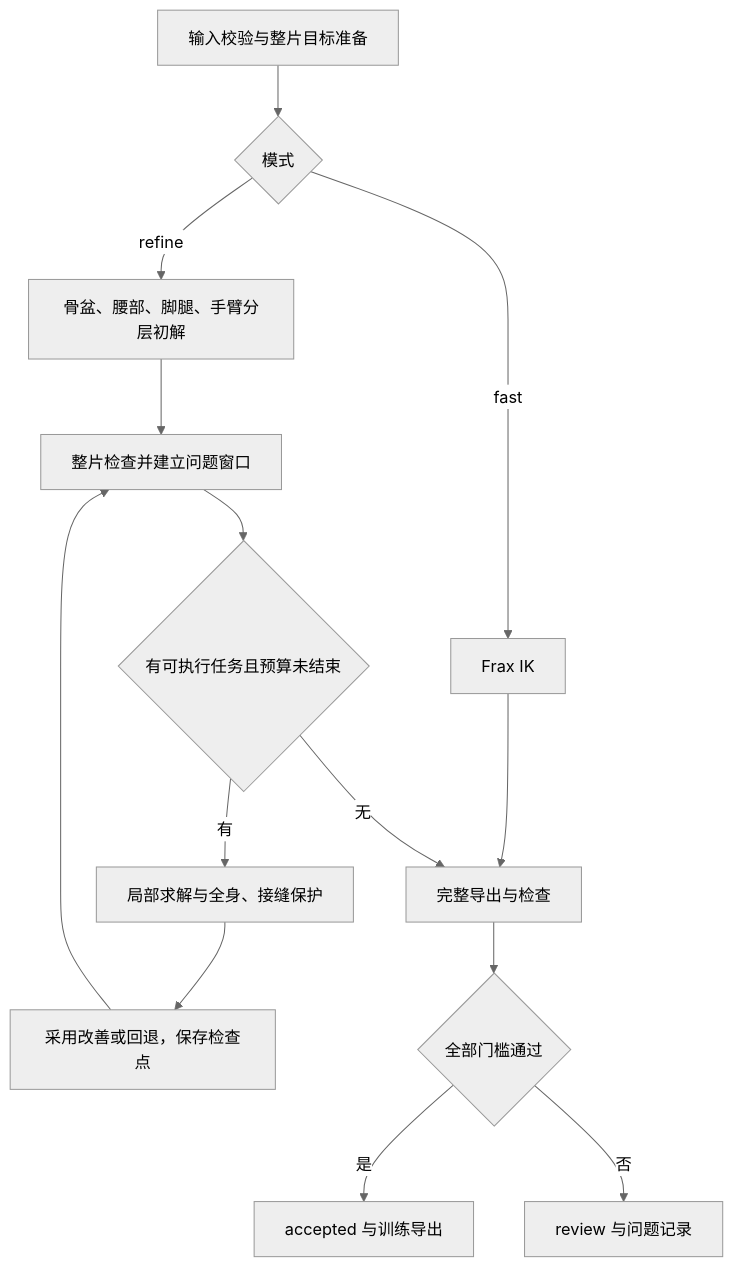
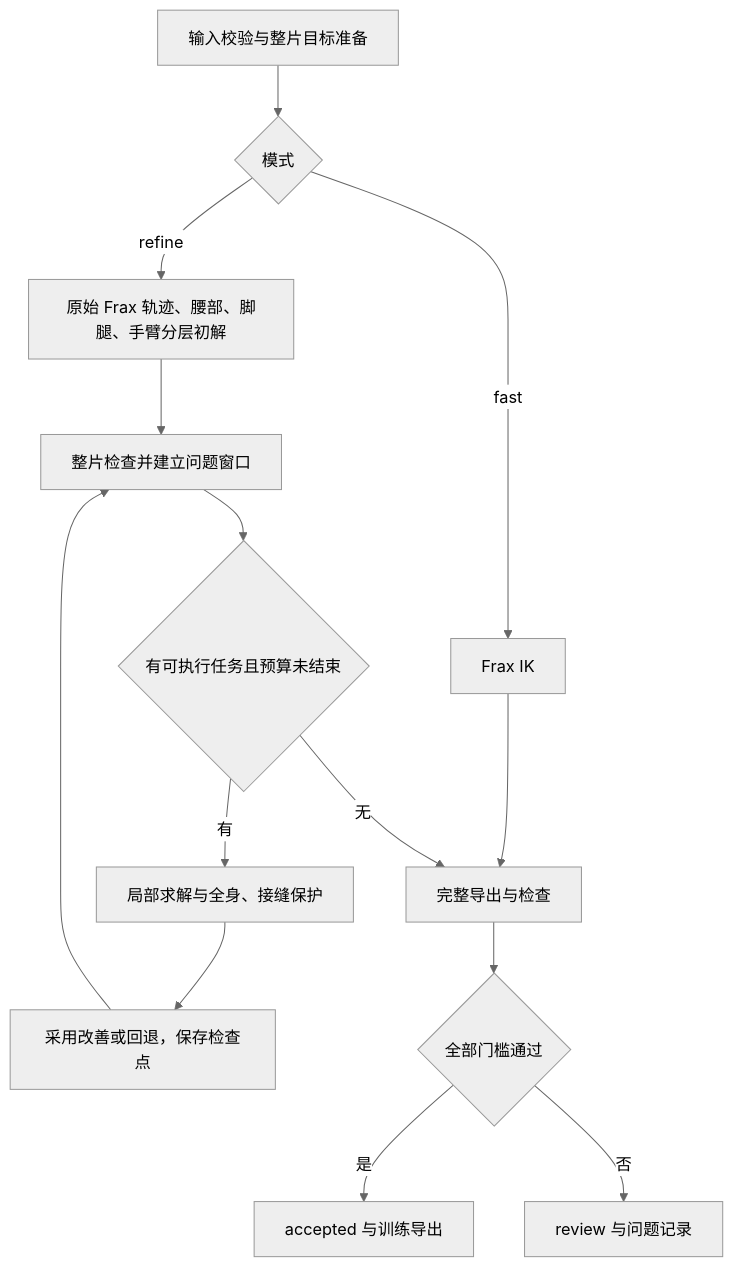
One commit to luckylhf/Dex-Retarget changed the diagram in docs/PIPELINE.md. Above: the diagram before and after it, drawn with Mermaid (neutral theme). The commit also changed other lines of this file and 4 other files, not shown here.

````diff
--- a/docs/PIPELINE.md
+++ b/docs/PIPELINE.md
@@ -25,16 +27,16 @@
 ```mermaid
 flowchart TD
     A[输入校验与整片目标准备] --> B{模式}
     B -->|fast| C[Frax IK]
-    B -->|refine| D[骨盆、腰部、脚腿、手臂分层初解]
+    B -->|refine| D[原始 Frax 轨迹、腰部、脚腿、手臂分层初解]
     C --> E[完整导出与检查]
     D --> F[整片检查并建立问题窗口]
     F --> G{有可执行任务且预算未结束}
     G -->|有| H[局部求解与全身、接缝保护]
     H --> I[采用改善或回退，保存检查点]
     I --> F
     G -->|无| E
     E --> J{全部门槛通过}
     J -->|是| K[accepted 与训练导出]
     J -->|否| L[review 与问题记录]
 ```
````
